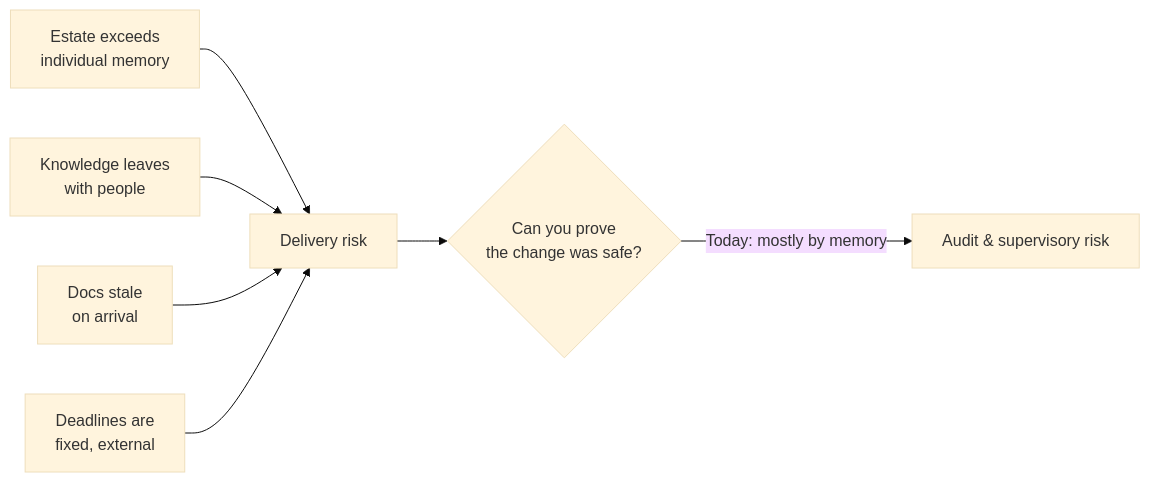
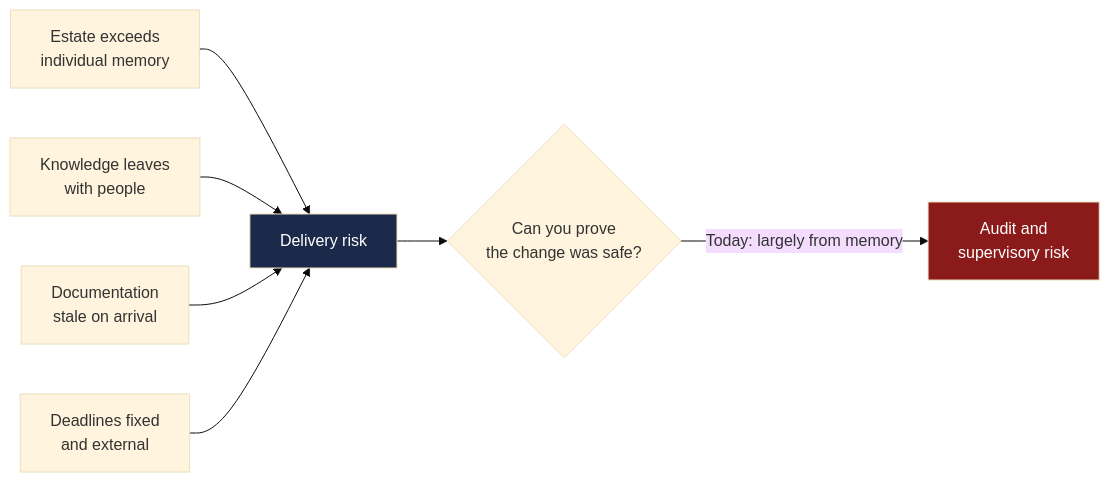
Before and after one commit to rounak-das2008/BTACoreBankingHCLTech-KG: the first of 7 diagrams in research/03-slide-deck-content.md, drawn with Mermaid (base theme). The commit also changed other lines of this file and 29 other files, not shown here.

First line of the commit message:
Add PRIME.AI v2 slide contents, research paper and verified diagrams

````diff
--- a/research/03-slide-deck-content.md
+++ b/research/03-slide-deck-content.md
@@ -53,9 +100,12 @@
 ```mermaid
 flowchart LR
-    A[Estate exceeds<br/>individual memory] --> E[Delivery risk]
-    B[Knowledge leaves<br/>with people] --> E
-    C[Docs stale<br/>on arrival] --> E
-    D[Deadlines are<br/>fixed, external] --> E
-    E --> F{Can you prove<br/>the change was safe?}
-    F -->|Today: mostly by memory| G[Audit & supervisory risk]
+    A["Estate exceeds<br/>individual memory"] --> E["Delivery risk"]
+    B["Knowledge leaves<br/>with people"] --> E
+    C["Documentation<br/>stale on arrival"] --> E
+    D["Deadlines fixed<br/>and external"] --> E
+    E --> F{"Can you prove<br/>the change was safe?"}
+    F -->|"Today: largely from memory"| G["Audit and<br/>supervisory risk"]
+
+    style E fill:#1B2A4A,color:#ffffff
+    style G fill:#8B1A1A,color:#ffffff
 ```
````
